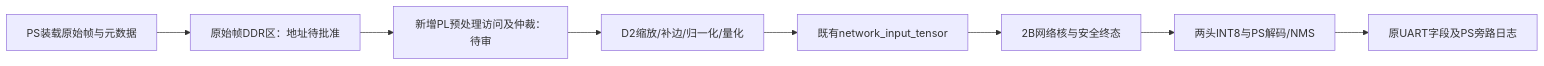
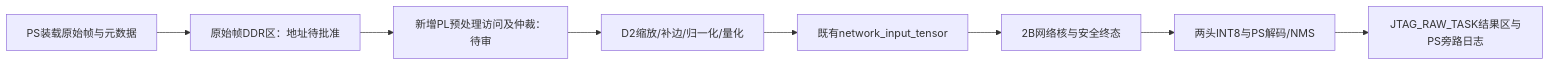
Before and after one commit to X-8871/GestureForge: the diagram in docs/stage4/S4B_pl_preprocess_g0_readiness.md, drawn with Mermaid. The commit also changed other lines of this file and 14 other files, not shown here.

````diff
--- a/docs/stage4/S4B_pl_preprocess_g0_readiness.md
+++ b/docs/stage4/S4B_pl_preprocess_g0_readiness.md
@@ -34,10 +34,10 @@
 ```mermaid
 flowchart LR
   P[PS装载原始帧与元数据] --> R[原始帧DDR区：地址待批准]
   R --> B[新增PL预处理访问及仲裁：待审]
   B --> D[D2缩放/补边/归一化/量化]
   D --> T[既有network_input_tensor]
   T --> N[2B网络核与安全终态]
   N --> H[两头INT8与PS解码/NMS]
-  H --> L[原UART字段及PS旁路日志]
+  H --> L[JTAG_RAW_TASK结果区与PS旁路日志]
 ```
````
